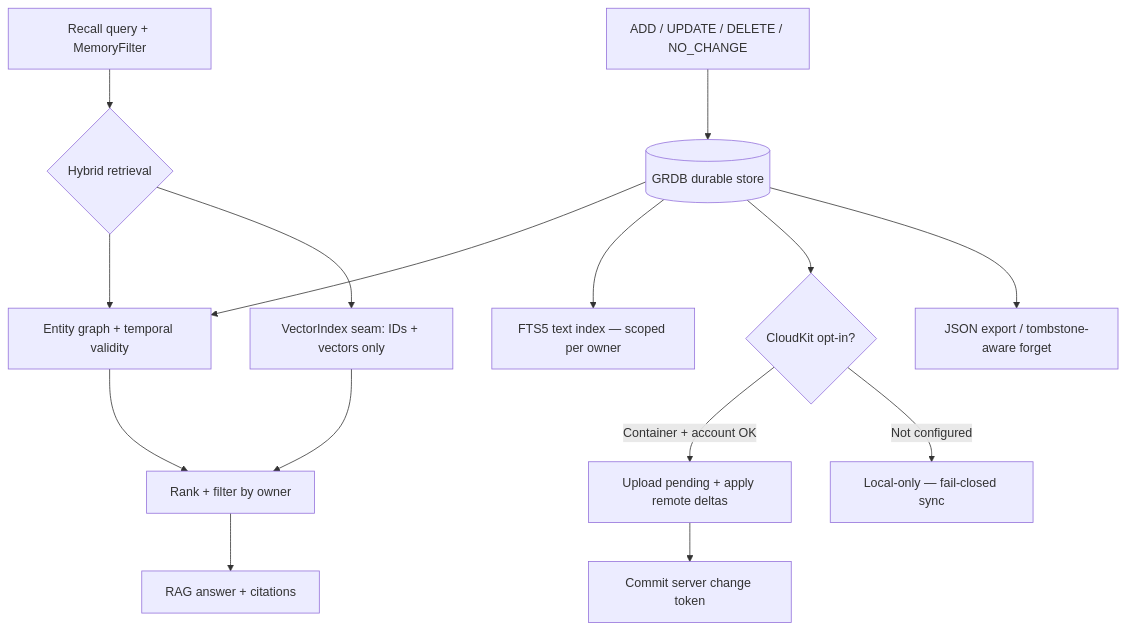
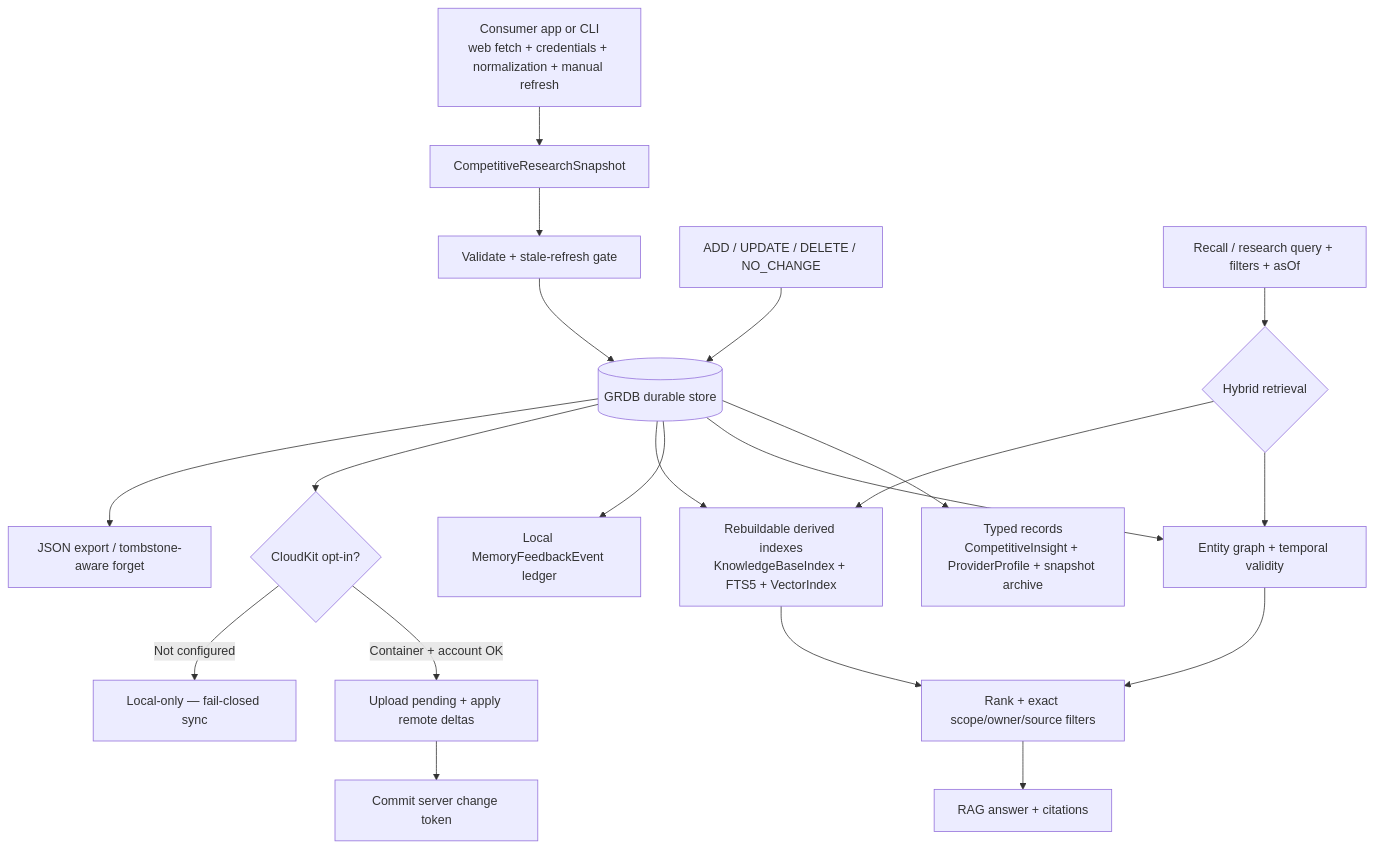
One commit to VM451/archon-swift changed the diagram in Documentation/diagrams/archon-memory.md. Above: the diagram before and after it, drawn with Mermaid. The commit also changed other lines of this file and 24 other files, not shown here.

Commit message:
feat(memory): add competitive research archive and durability hardening

````diff
--- a/Documentation/diagrams/archon-memory.md
+++ b/Documentation/diagrams/archon-memory.md
@@ -8,17 +9,22 @@
 ```mermaid
 flowchart TD
+    Host[Consumer app or CLI<br/>web fetch + credentials + normalization + manual refresh] --> Snapshot[CompetitiveResearchSnapshot]
+    Snapshot --> Validate[Validate + stale-refresh gate]
     Write[ADD / UPDATE / DELETE / NO_CHANGE] --> Store[(GRDB durable store)]
+    Validate --> Store
+    Store --> Typed[Typed records<br/>CompetitiveInsight + ProviderProfile + snapshot archive]
     Store --> Graph[Entity graph + temporal validity]
-    Store --> FTS[FTS5 text index — scoped per owner]
-    Query[Recall query + MemoryFilter] --> Hybrid{Hybrid retrieval}
+    Store --> Feedback[Local MemoryFeedbackEvent ledger]
+    Store --> Derived[Rebuildable derived indexes<br/>KnowledgeBaseIndex + FTS5 + VectorIndex]
+    Query[Recall / research query + filters + asOf] --> Hybrid{Hybrid retrieval}
     Hybrid --> Graph
-    Hybrid --> Vec[VectorIndex seam: IDs + vectors only]
-    Graph --> Rank[Rank + filter by owner]
-    Vec --> Rank
+    Hybrid --> Derived
+    Graph --> Rank[Rank + exact scope/owner/source filters]
+    Derived --> Rank
     Rank --> RAG[RAG answer + citations]
     Store --> Sync{CloudKit opt-in?}
     Sync -->|Container + account OK| Up[Upload pending + apply remote deltas]
     Sync -->|Not configured| Local[Local-only — fail-closed sync]
     Up --> Token[Commit server change token]
     Store --> Exp[JSON export / tombstone-aware forget]
 ```
````
